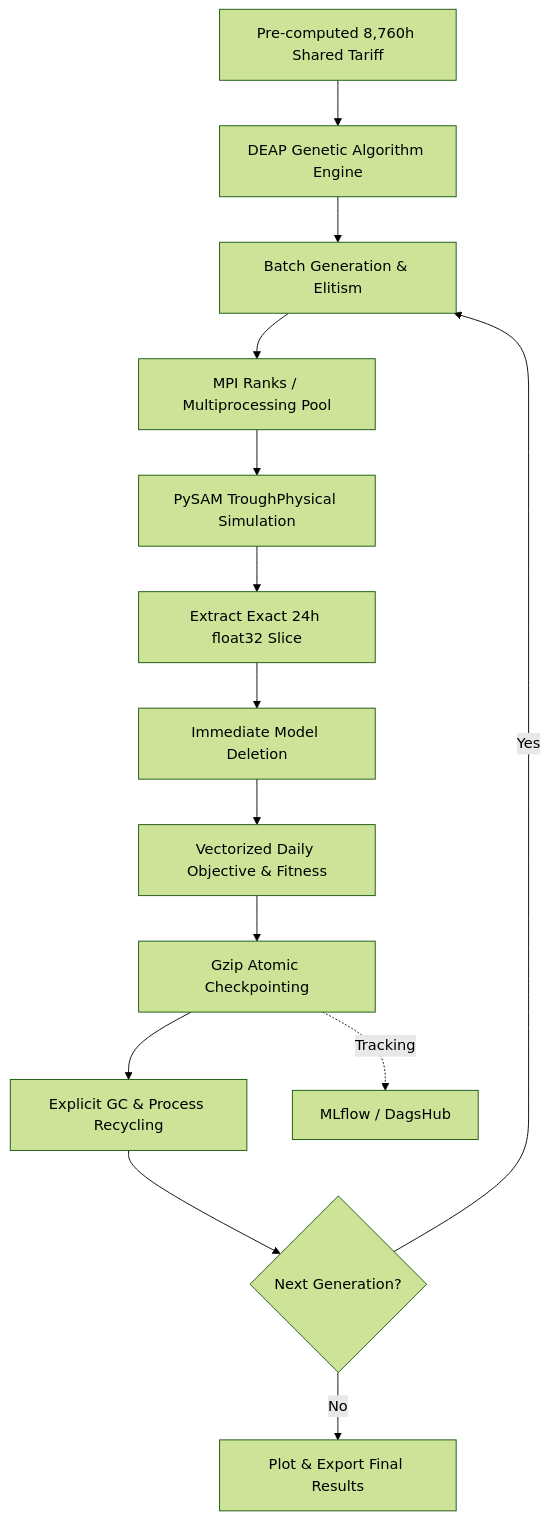
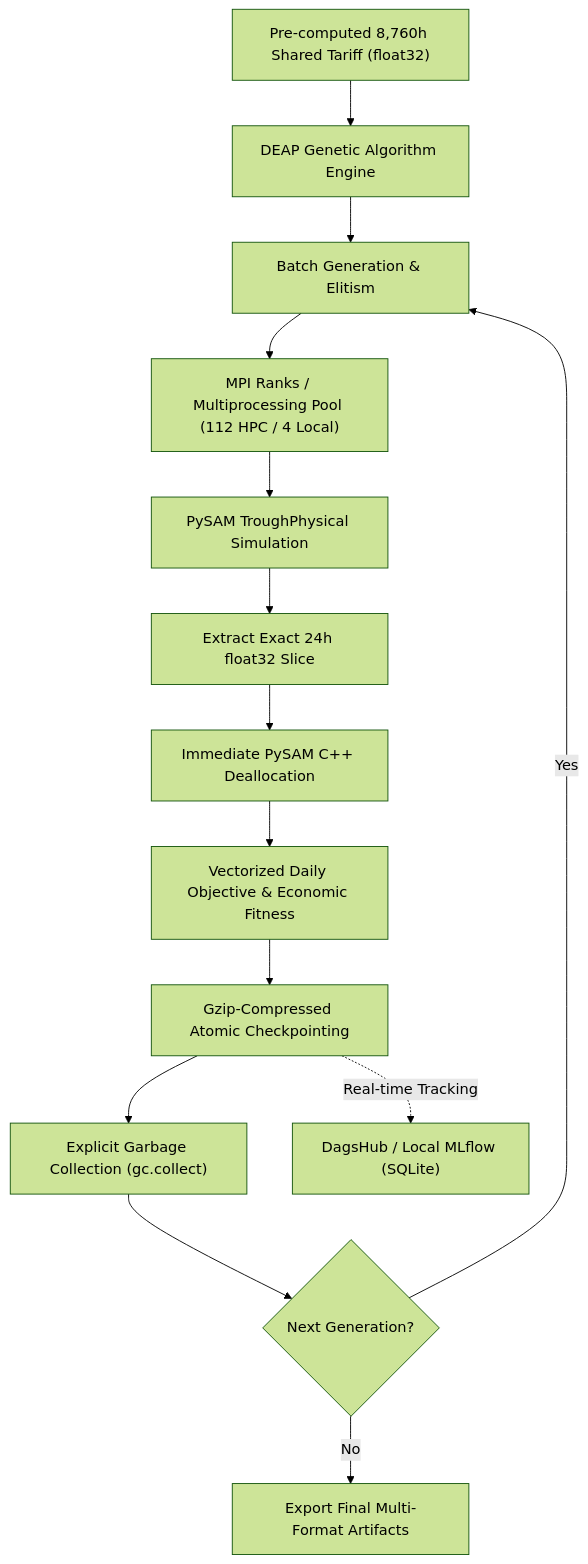
One commit to Ary0Darkk/Solar-Plant-Design-Optimisation changed the diagram in Readme.md. Above: the diagram before and after it, drawn with Mermaid (forest theme). The commit also changed other lines of this file, not shown here.

Commit message:
docs: complete rewrite of README with architecture, 42 tests, worker scaling, and CI/CD

````diff
--- a/Readme.md
+++ b/Readme.md
@@ -13,16 +39,16 @@
-``` mermaid
+```mermaid
 flowchart TD
-    A[Pre-computed 8,760h Shared Tariff] --> B[DEAP Genetic Algorithm Engine]
-    B --> C[Batch Generation & Elitism]
-    C --> D[MPI Ranks / Multiprocessing Pool]
-    D --> E[PySAM TroughPhysical Simulation]
-    E --> F[Extract Exact 24h float32 Slice]
-    F --> G[Immediate Model Deletion]
-    G --> H[Vectorized Daily Objective & Fitness]
-    H --> I[Gzip Atomic Checkpointing]
-    I --> J[Explicit GC & Process Recycling]
-    J --> K{Next Generation?}
+    A["Pre-computed 8,760h Shared Tariff (float32)"] --> B["DEAP Genetic Algorithm Engine"]
+    B --> C["Batch Generation & Elitism"]
+    C --> D["MPI Ranks / Multiprocessing Pool (112 HPC / 4 Local)"]
+    D --> E["PySAM TroughPhysical Simulation"]
+    E --> F["Extract Exact 24h float32 Slice"]
+    F --> G["Immediate PySAM C++ Deallocation"]
+    G --> H["Vectorized Daily Objective & Economic Fitness"]
+    H --> I["Gzip-Compressed Atomic Checkpointing"]
+    I --> J["Explicit Garbage Collection (gc.collect)"]
+    J --> K{"Next Generation?"}
     K -- Yes --> C
-    K -- No --> L[Plot & Export Final Results]
-    I -. Tracking .-> M[MLflow / DagsHub]
+    K -- No --> L["Export Final Multi-Format Artifacts"]
+    I -. Real-time Tracking .-> M["DagsHub / Local MLflow (SQLite)"]
 ```
````
